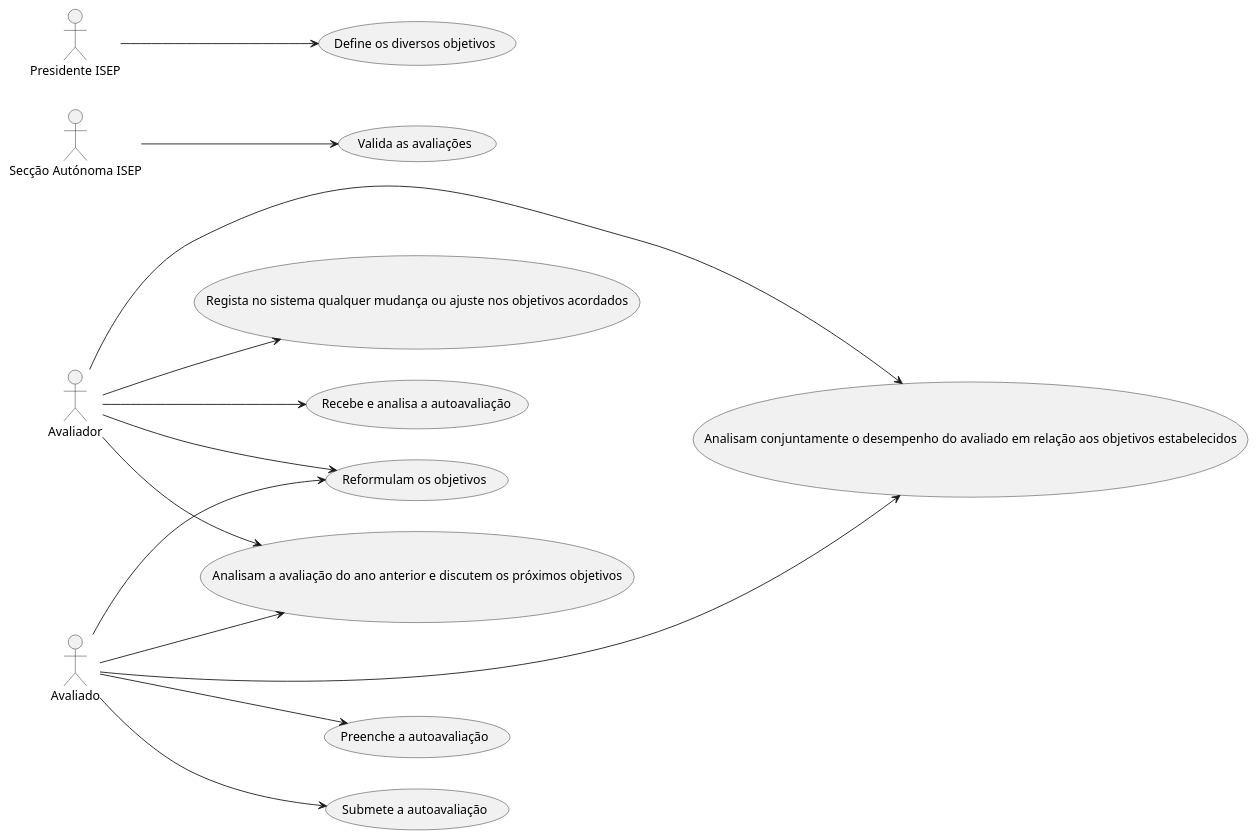
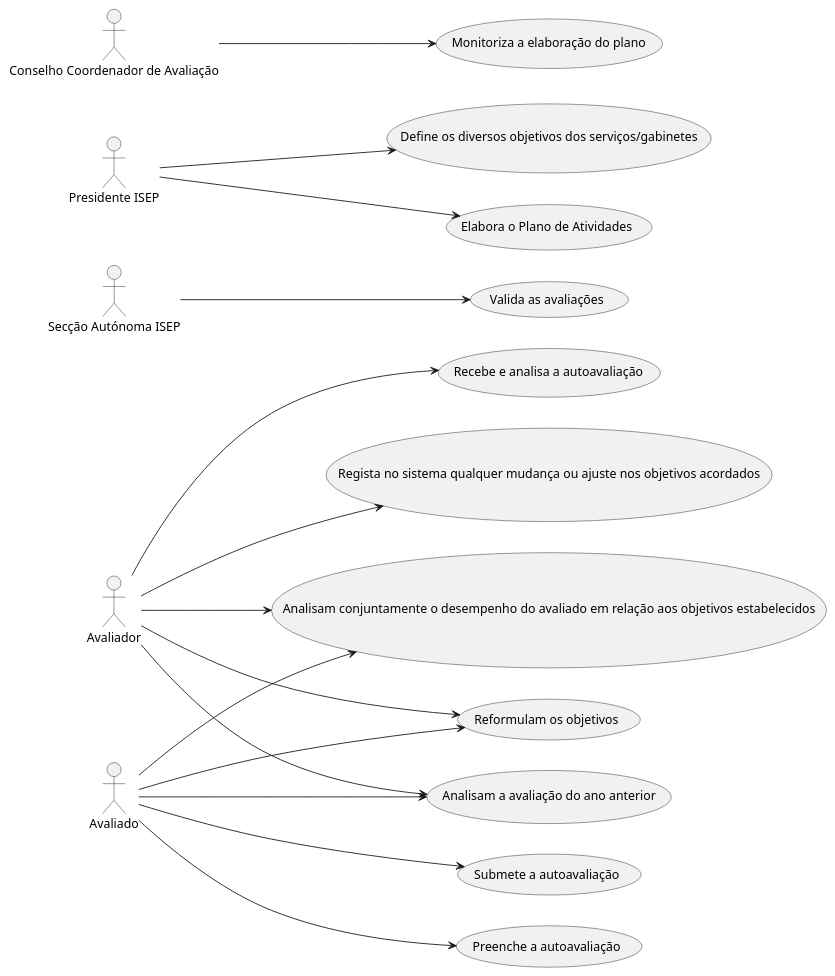
One commit to aliceresende/INFOR-ISEP changed the diagram in UC/Uses Cases.puml. Above: the diagram before and after it, drawn with PlantUML.

Commit message:
Global Use Cases diagram update

```diff
--- a/UC/Uses Cases.puml
+++ b/UC/Uses Cases.puml
@@ -1,20 +1,22 @@
 @startuml
 'https://plantuml.com/use-case-diagram
 left to right direction
 "Avaliador" --> (Regista no sistema qualquer mudança ou ajuste nos objetivos acordados)
-"Avaliador" ---> (Analisam conjuntamente o desempenho do avaliado em relação aos objetivos estabelecidos)
+"Avaliador" --> (Analisam conjuntamente o desempenho do avaliado em relação aos objetivos estabelecidos)
 "Avaliador" --> (Reformulam os objetivos)
 "Avaliador" --> (Recebe e analisa a autoavaliação)
-"Avaliador" --> (Analisam a avaliação do ano anterior e discutem os próximos objetivos)
+"Avaliador" --> (Analisam a avaliação do ano anterior)
 
 "Avaliado" -> (Analisam conjuntamente o desempenho do avaliado em relação aos objetivos estabelecidos)
 "Avaliado" --> (Reformulam os objetivos)
 "Avaliado" --> (Preenche a autoavaliação)
 "Avaliado" --> (Submete a autoavaliação)
-"Avaliado" --> (Analisam a avaliação do ano anterior e discutem os próximos objetivos)
+"Avaliado" --> (Analisam a avaliação do ano anterior)
 
 "Secção Autónoma ISEP"--> (Valida as avaliações)
 
-"Presidente ISEP"--> (Define os diversos objetivos)
+"Presidente ISEP"--> (Define os diversos objetivos dos serviços/gabinetes)
+"Presidente ISEP"--> (Elabora o Plano de Atividades)
 
+"Conselho Coordenador de Avaliação"--> (Monitoriza a elaboração do plano)
 @enduml
```
